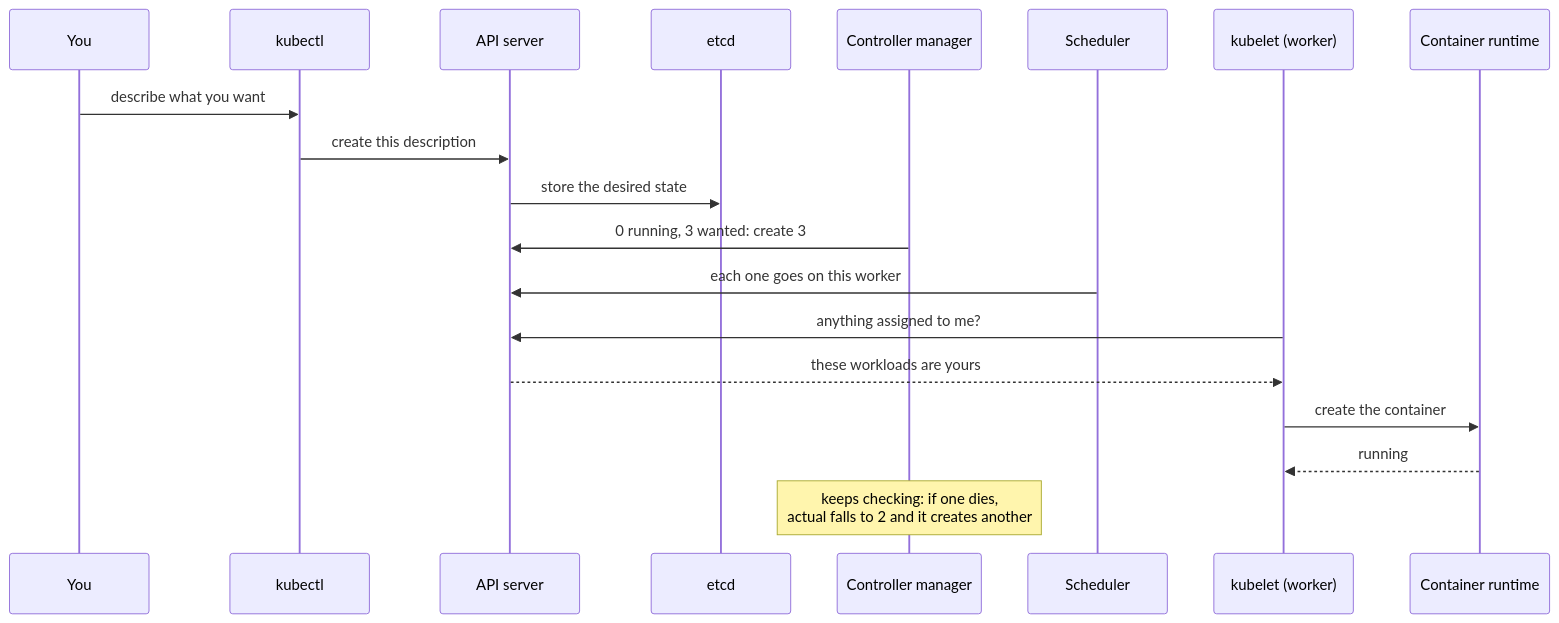
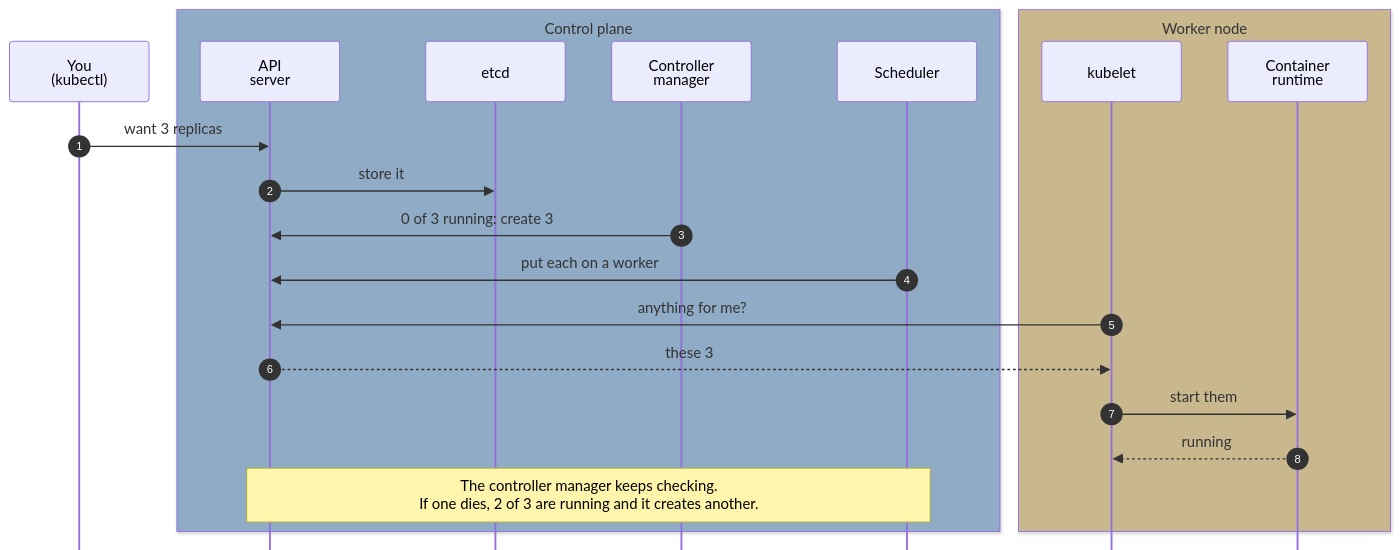
Diagram 12 of 12 in 08-Kubernetes/02-The-Cluster-Architecture.md (Dummy-Bug/Devops), drawn with Mermaid before and after one commit. The commit also changed other lines of this file and 13 other files, not shown here.

````diff
--- a/08-Kubernetes/02-The-Cluster-Architecture.md
+++ b/08-Kubernetes/02-The-Cluster-Architecture.md
@@ -243,21 +395,29 @@
 ```mermaid
+---
+config:
+  sequence:
+    mirrorActors: false
+---
 sequenceDiagram
-    participant You
-    participant kubectl
-    participant API as API server
-    participant etcd
-    participant CM as Controller manager
-    participant Sched as Scheduler
-    participant KL as kubelet (worker)
-    participant RT as Container runtime
-    You->>kubectl: describe what you want
-    kubectl->>API: create this description
-    API->>etcd: store the desired state
-    CM->>API: 0 running, 3 wanted: create 3
-    Sched->>API: each one goes on this worker
-    KL->>API: anything assigned to me?
-    API-->>KL: these workloads are yours
-    KL->>RT: create the container
+    autonumber
+    participant You as You<br/>(kubectl)
+    box rgba(47,110,166,0.45) Control plane
+        participant API as API<br/>server
+        participant etcd
+        participant CM as Controller<br/>manager
+        participant Sched as Scheduler
+    end
+    box rgba(176,138,46,0.45) Worker node
+        participant KL as kubelet
+        participant RT as Container<br/>runtime
+    end
+    You->>API: want 3 replicas
+    API->>etcd: store it
+    CM->>API: 0 of 3 running: create 3
+    Sched->>API: put each on a worker
+    KL->>API: anything for me?
+    API-->>KL: these 3
+    KL->>RT: start them
     RT-->>KL: running
-    Note over CM: keeps checking: if one dies,<br/>actual falls to 2 and it creates another
+    Note over API,Sched: The controller manager keeps checking.<br/>If one dies, 2 of 3 are running and it creates another.
 ```
````
